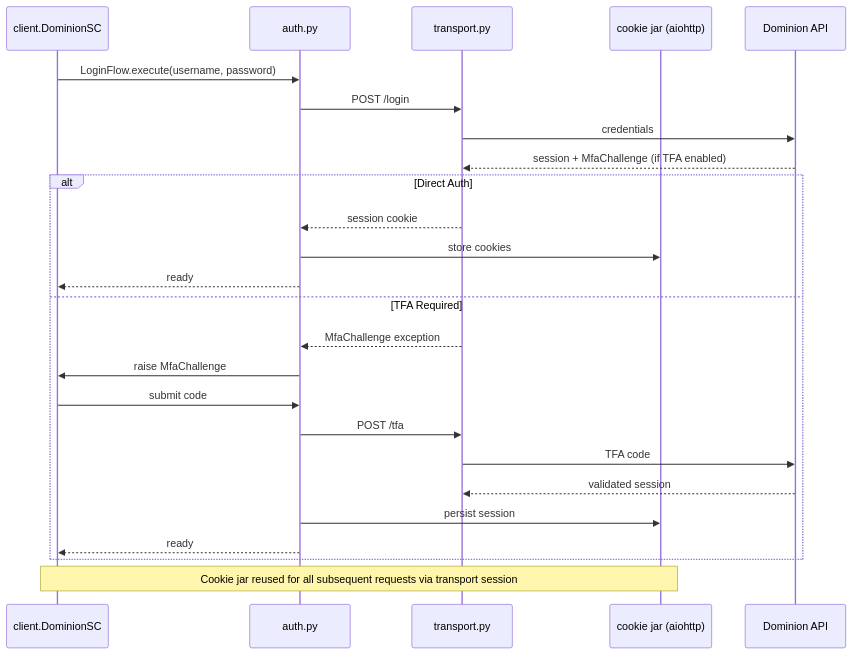
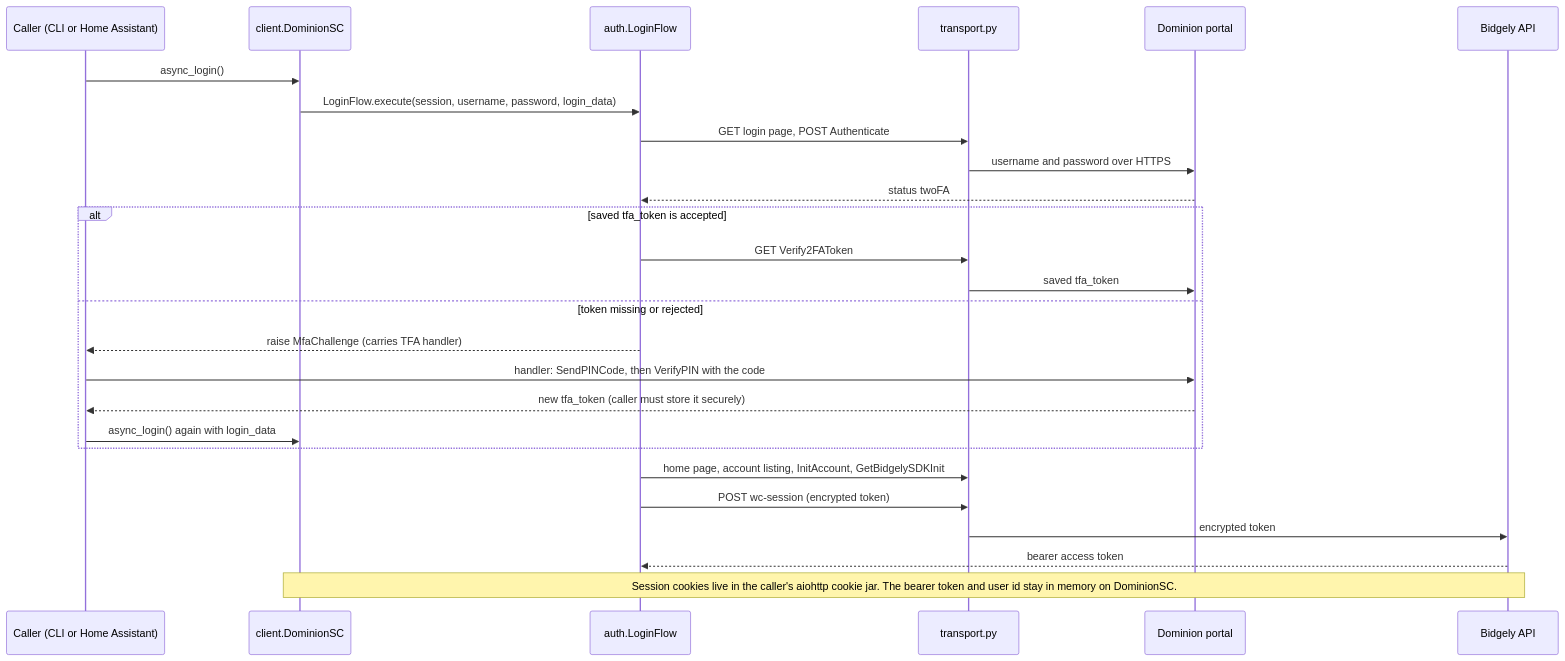
Before and after one commit to hype8912/dominion-sc-power: the second of 3 diagrams in docs/architecture/04-security.md, drawn with Mermaid. The commit also changed other lines of this file and 20 other files, not shown here.

````diff
--- a/docs/architecture/04-security.md
+++ b/docs/architecture/04-security.md
@@ -19,28 +20,29 @@
 ```mermaid
 sequenceDiagram
+    participant Caller as Caller (CLI or Home Assistant)
     participant Client as client.DominionSC
-    participant Auth as auth.py
+    participant Auth as auth.LoginFlow
     participant Transport as transport.py
-    participant Cookies as cookie jar (aiohttp)
-    participant API as Dominion API
+    participant Portal as Dominion portal
+    participant Bidgely as Bidgely API
 
-    Client->>Auth: LoginFlow.execute(username, password)
-    Auth->>Transport: POST /login
-    Transport->>API: credentials
-    API-->>Transport: session + MfaChallenge (if TFA enabled)
-    alt Direct Auth
-        Transport-->>Auth: session cookie
-        Auth->>Cookies: store cookies
-        Auth-->>Client: ready
-    else TFA Required
-        Transport-->>Auth: MfaChallenge exception
-        Auth->>Client: raise MfaChallenge
-        Client->>Auth: submit code
-        Auth->>Transport: POST /tfa
-        Transport->>API: TFA code
-        API-->>Transport: validated session
-        Auth->>Cookies: persist session
-        Auth-->>Client: ready
+    Caller->>Client: async_login()
+    Client->>Auth: LoginFlow.execute(session, username, password, login_data)
+    Auth->>Transport: GET login page, POST Authenticate
+    Transport->>Portal: username and password over HTTPS
+    Portal-->>Auth: status twoFA
+    alt saved tfa_token is accepted
+        Auth->>Transport: GET Verify2FAToken
+        Transport->>Portal: saved tfa_token
+    else token missing or rejected
+        Auth-->>Caller: raise MfaChallenge (carries TFA handler)
+        Caller->>Portal: handler: SendPINCode, then VerifyPIN with the code
+        Portal-->>Caller: new tfa_token (caller must store it securely)
+        Caller->>Client: async_login() again with login_data
     end
-    Note over Client,Cookies: Cookie jar reused for all subsequent requests via transport session
+    Auth->>Transport: home page, account listing, InitAccount, GetBidgelySDKInit
+    Auth->>Transport: POST wc-session (encrypted token)
+    Transport->>Bidgely: encrypted token
+    Bidgely-->>Auth: bearer access token
+    Note over Client,Bidgely: Session cookies live in the caller's aiohttp cookie jar. The bearer token and user id stay in memory on DominionSC.
 ```
````
